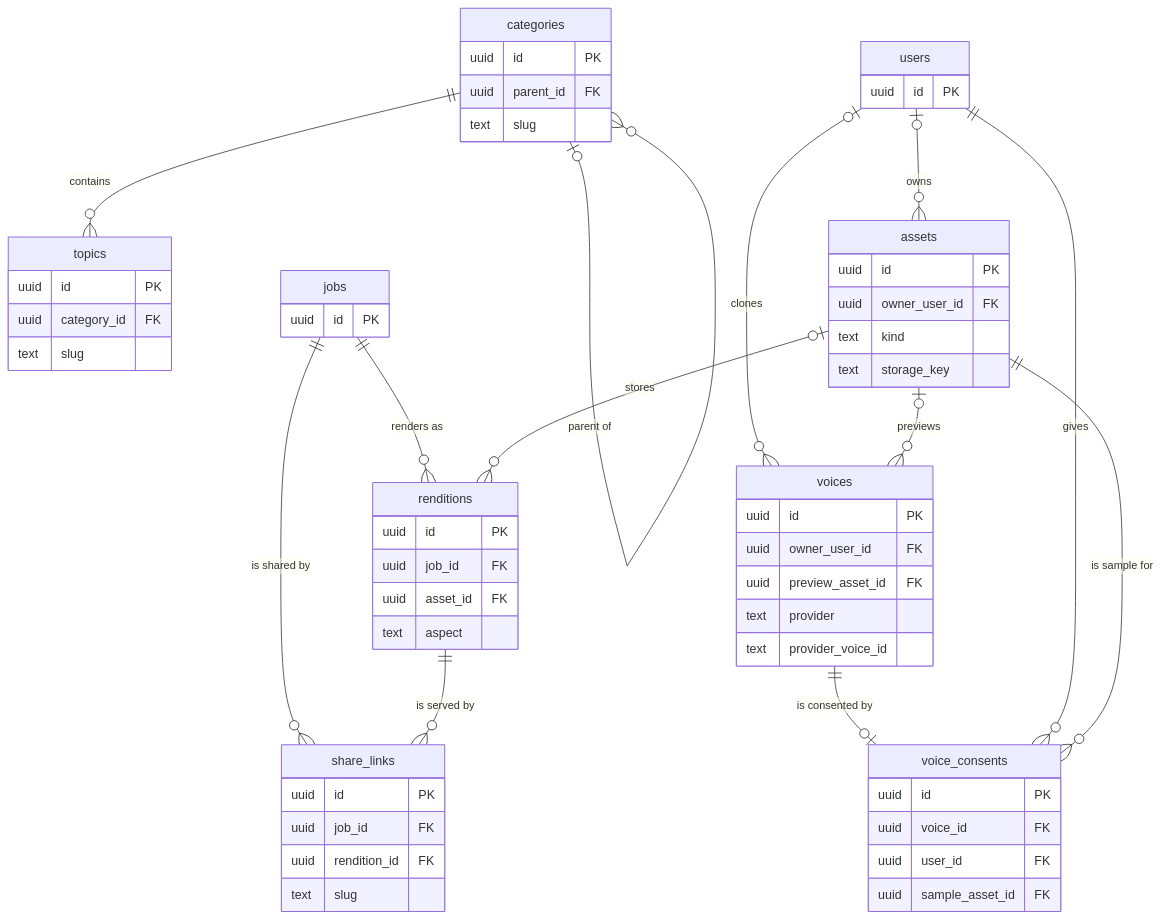
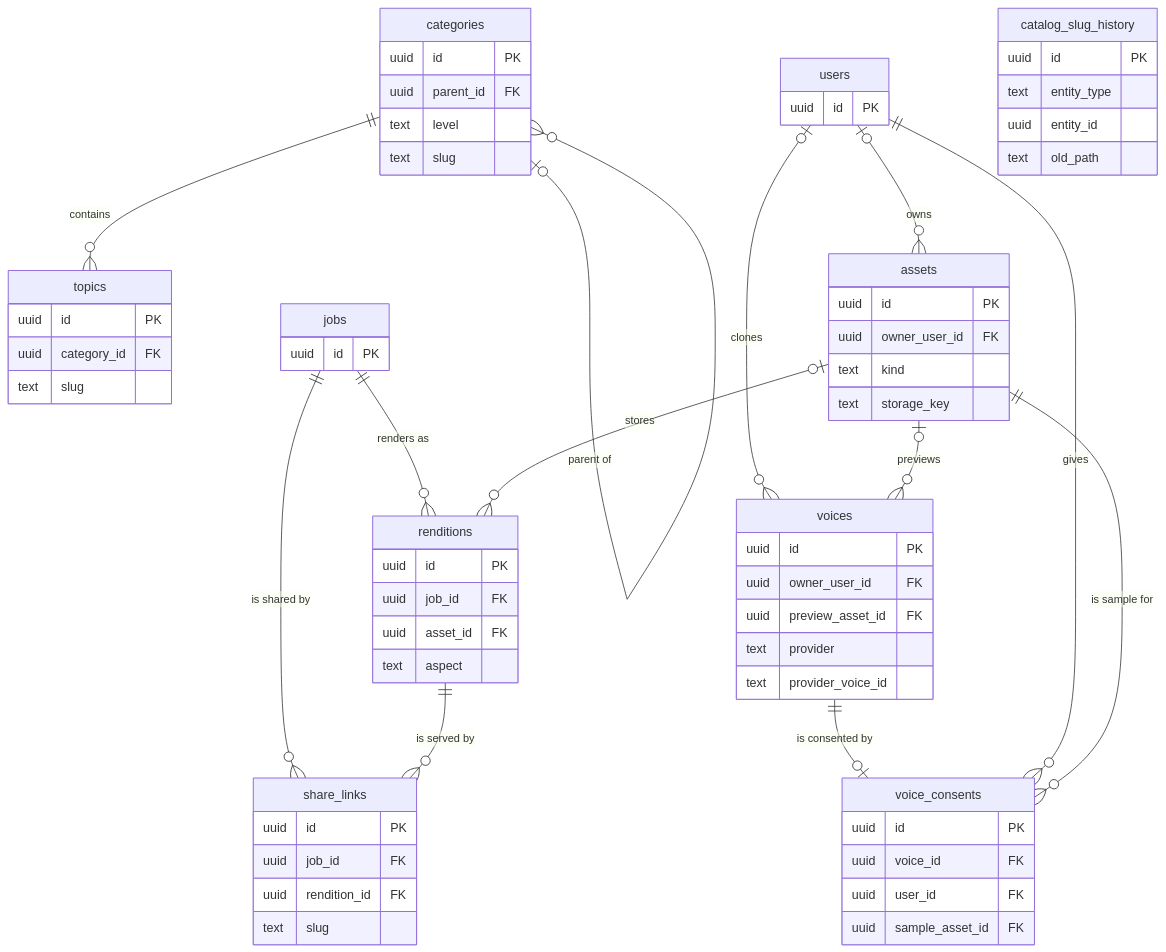
Before and after one commit to The-GenAI-Labs/motionile: the third of 9 diagrams in docs/db/erd.md, drawn with Mermaid. The commit also changed 19 other files, not shown here.

````diff
--- a/docs/db/erd.md
+++ b/docs/db/erd.md
@@ -120,63 +120,70 @@
 ```mermaid
 erDiagram
     categories |o--o{ categories : "parent of"
     categories ||--o{ topics : "contains"
     users |o--o{ assets : "owns"
     users |o--o{ voices : "clones"
     assets |o--o{ voices : "previews"
     voices ||--o| voice_consents : "is consented by"
     users ||--o{ voice_consents : "gives"
     assets ||--o{ voice_consents : "is sample for"
     jobs ||--o{ renditions : "renders as"
     assets |o--o{ renditions : "stores"
     jobs ||--o{ share_links : "is shared by"
     renditions ||--o{ share_links : "is served by"
 
     categories {
         uuid id PK
         uuid parent_id FK
+        text level
         text slug
     }
     topics {
         uuid id PK
         uuid category_id FK
         text slug
+    }
+    catalog_slug_history {
+        uuid id PK
+        text entity_type
+        uuid entity_id
+        text old_path
     }
     assets {
         uuid id PK
         uuid owner_user_id FK
         text kind
         text storage_key
     }
     voices {
         uuid id PK
         uuid owner_user_id FK
         uuid preview_asset_id FK
         text provider
         text provider_voice_id
     }
     voice_consents {
         uuid id PK
         uuid voice_id FK
         uuid user_id FK
         uuid sample_asset_id FK
     }
     renditions {
         uuid id PK
         uuid job_id FK
         uuid asset_id FK
         text aspect
     }
     share_links {
         uuid id PK
         uuid job_id FK
         uuid rendition_id FK
         text slug
     }
     users {
         uuid id PK
     }
     jobs {
         uuid id PK
     }
 ```
````
